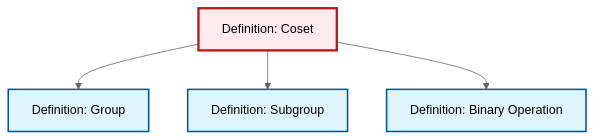
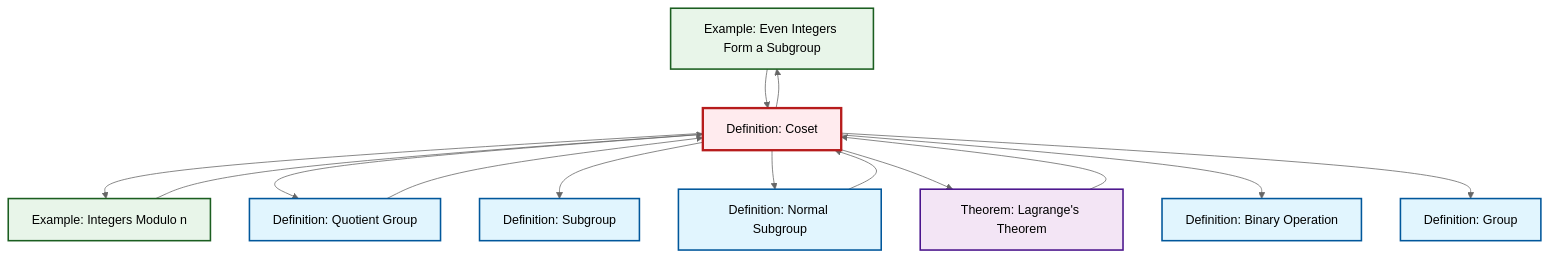
The diagram in content/en/algebra/def-coset.qmd (RK0429/ModernMath), drawn with Mermaid (neutral theme) before and after one commit. The commit also changed 417 other files, not shown here.

````diff
--- a/content/en/algebra/def-coset.qmd
+++ b/content/en/algebra/def-coset.qmd
@@ -156,20 +156,40 @@
 ```{mermaid}
 %%| fig-cap: "Local dependency graph"
 graph TD
     classDef definition fill:#e1f5fe,stroke:#01579b,stroke-width:2px
     classDef theorem fill:#f3e5f5,stroke:#4a148c,stroke-width:2px
     classDef axiom fill:#fff3e0,stroke:#e65100,stroke-width:2px
     classDef example fill:#e8f5e9,stroke:#1b5e20,stroke-width:2px
     classDef current fill:#ffebee,stroke:#b71c1c,stroke-width:3px
-    def-coset["Definition: Coset"]:::current
+    ex-even-integers-subgroup["Example: Even Integers Form a Subgroup"]:::example
+    def-coset["Definition: Coset"]:::definition
+    def-normal-subgroup["Definition: Normal Subgroup"]:::definition
+    ex-quotient-integers-mod-n["Example: Integers Modulo n"]:::example
+    def-binary-operation["Definition: Binary Operation"]:::definition
+    def-quotient-group["Definition: Quotient Group"]:::definition
+    def-subgroup["Definition: Subgroup"]:::definition
     def-group["Definition: Group"]:::definition
-    def-subgroup["Definition: Subgroup"]:::definition
-    def-binary-operation["Definition: Binary Operation"]:::definition
+    thm-lagrange["Theorem: Lagrange's Theorem"]:::theorem
+    ex-quotient-integers-mod-n --> def-coset
+    def-coset --> ex-even-integers-subgroup
+    def-coset --> ex-quotient-integers-mod-n
+    def-coset --> def-quotient-group
+    def-coset --> def-subgroup
+    thm-lagrange --> def-coset
+    def-coset --> def-normal-subgroup
+    def-normal-subgroup --> def-coset
+    def-coset --> thm-lagrange
+    ex-even-integers-subgroup --> def-coset
+    def-coset --> def-binary-operation
+    def-quotient-group --> def-coset
     def-coset --> def-group
-    def-coset --> def-subgroup
-    def-coset --> def-binary-operation
     class def-coset current
+    click ex-even-integers-subgroup "ex-even-integers-subgroup.html" "Go to Even Integers Form a Subgroup example"
+    click def-normal-subgroup "def-normal-subgroup.html" "Go to Normal Subgroup definition"
+    click ex-quotient-integers-mod-n "ex-quotient-integers-mod-n.html" "Go to Integers Modulo n example"
+    click def-binary-operation "def-binary-operation.html" "Go to Binary Operation definition"
+    click def-quotient-group "def-quotient-group.html" "Go to Quotient Group definition"
+    click def-subgroup "def-subgroup.html" "Go to Subgroup definition"
     click def-group "def-group.html" "Go to Group definition"
-    click def-subgroup "def-subgroup.html" "Go to Subgroup definition"
-    click def-binary-operation "def-binary-operation.html" "Go to Binary Operation definition"
+    click thm-lagrange "thm-lagrange.html" "Go to Lagrange's Theorem theorem"
 ```
````
